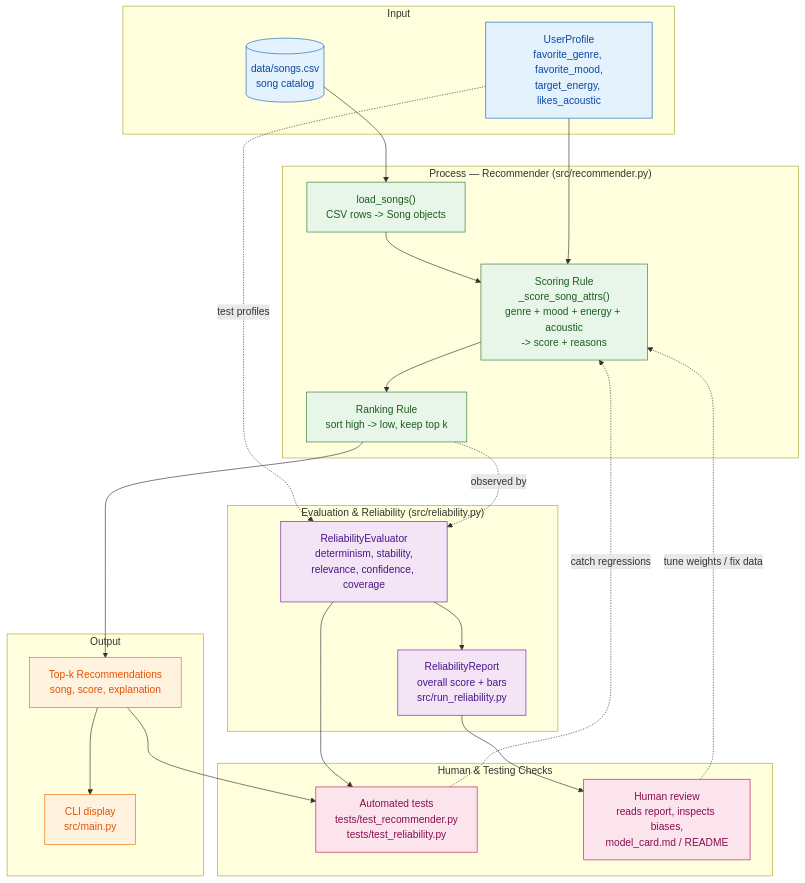
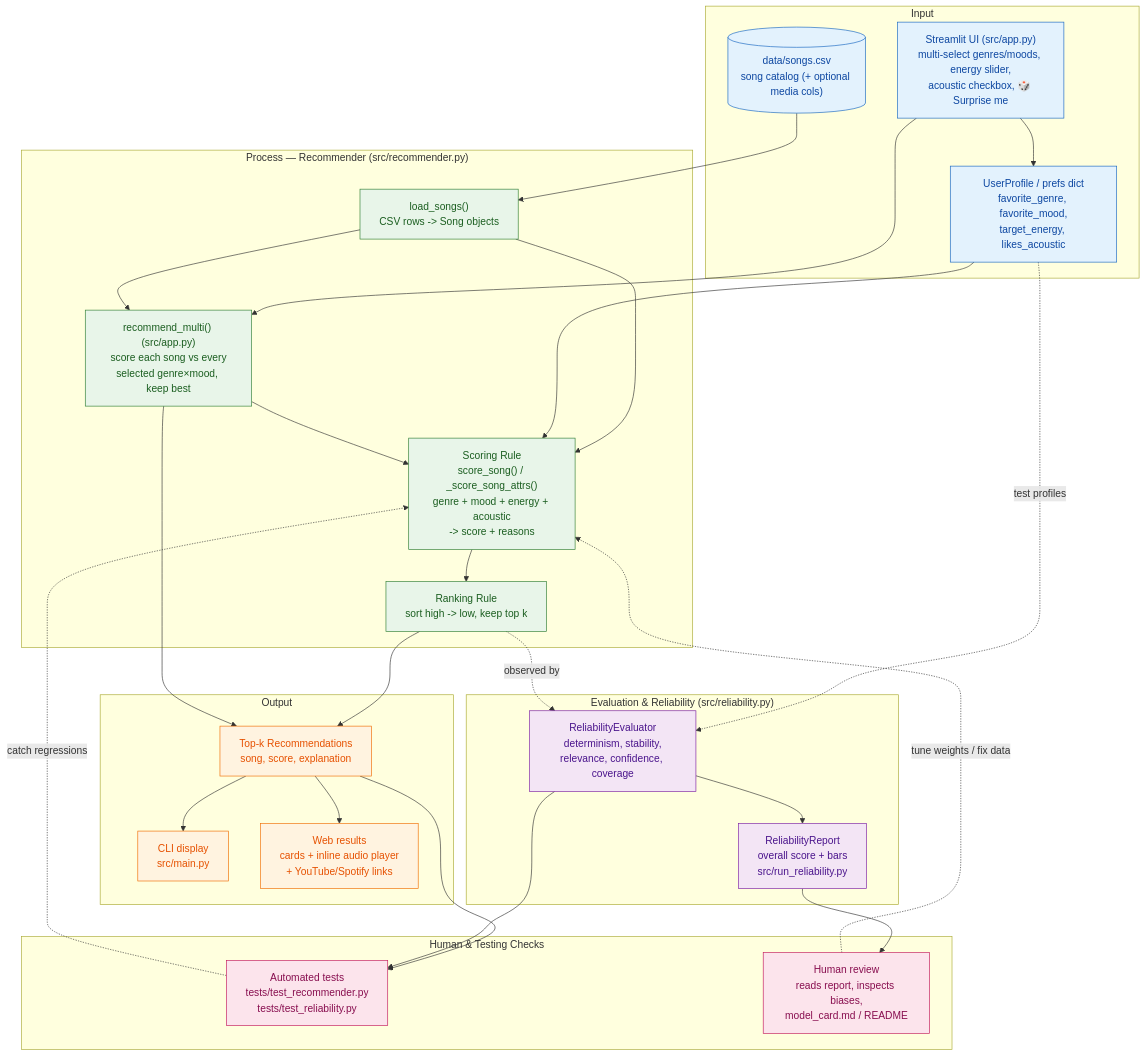
One commit to FrankinstyLe/applied-ai-system-project changed the diagram in diagrams/system_diagram.mmd. Above: the diagram before and after it, drawn with Mermaid. The commit also changed 3 other files, not shown here.

Commit message:
Enhance music recommender system: update songs.csv with media columns, improve system diagram for UI integration, and add Streamlit front-end in app.py

```diff
--- a/diagrams/system_diagram.mmd
+++ b/diagrams/system_diagram.mmd
@@ -1,62 +1,73 @@
 %% Music Recommender Simulation - System Diagram
 %% Data flow: input (catalog + user taste) -> process (score/rank) -> output (top-k)
 %% Plus the reliability/evaluation loop and where humans/tests check the AI results.
 
 flowchart TB
     subgraph INPUT["Input"]
-        CSV[("data/songs.csv<br/>song catalog")]
-        USER["UserProfile<br/>favorite_genre, favorite_mood,<br/>target_energy, likes_acoustic"]
+        CSV[("data/songs.csv<br/>song catalog (+ optional media cols)")]
+        WEBUI["Streamlit UI (src/app.py)<br/>multi-select genres/moods, energy slider,<br/>acoustic checkbox, 🎲 Surprise me"]
+        USER["UserProfile / prefs dict<br/>favorite_genre, favorite_mood,<br/>target_energy, likes_acoustic"]
     end
 
     subgraph PROCESS["Process — Recommender (src/recommender.py)"]
         LOAD["load_songs()<br/>CSV rows -> Song objects"]
-        SCORE["Scoring Rule<br/>_score_song_attrs()<br/>genre + mood + energy + acoustic<br/>-> score + reasons"]
+        SCORE["Scoring Rule<br/>score_song() / _score_song_attrs()<br/>genre + mood + energy + acoustic<br/>-> score + reasons"]
+        MULTI["recommend_multi() (src/app.py)<br/>score each song vs every<br/>selected genre×mood, keep best"]
         RANK["Ranking Rule<br/>sort high -> low, keep top k"]
     end
 
     subgraph OUTPUT["Output"]
         RECS["Top-k Recommendations<br/>song, score, explanation"]
         CLI["CLI display<br/>src/main.py"]
+        WEBOUT["Web results<br/>cards + inline audio player<br/>+ YouTube/Spotify links"]
     end
 
     subgraph EVAL["Evaluation & Reliability (src/reliability.py)"]
         EVALR["ReliabilityEvaluator<br/>determinism, stability,<br/>relevance, confidence, coverage"]
         REPORT["ReliabilityReport<br/>overall score + bars<br/>src/run_reliability.py"]
     end
 
     subgraph HUMAN["Human & Testing Checks"]
         TESTS["Automated tests<br/>tests/test_recommender.py<br/>tests/test_reliability.py"]
         REVIEW["Human review<br/>reads report, inspects biases,<br/>model_card.md / README"]
     end
 
     %% Data flow: input -> process -> output
     CSV --> LOAD
     LOAD --> SCORE
     USER --> SCORE
+    WEBUI --> USER
     SCORE --> RANK
     RANK --> RECS
     RECS --> CLI
+
+    %% Streamlit path: UI selections drive multi-taste scoring, results back to the web
+    WEBUI --> MULTI
+    LOAD --> MULTI
+    MULTI --> SCORE
+    MULTI --> RECS
+    RECS --> WEBOUT
 
     %% Evaluation observes the recommender without changing it
     USER -. test profiles .-> EVALR
     RANK -. observed by .-> EVALR
     EVALR --> REPORT
 
     %% Where humans and testing check the AI results
     RECS --> TESTS
     REPORT --> REVIEW
     EVALR --> TESTS
     REVIEW -. tune weights / fix data .-> SCORE
     TESTS -. catch regressions .-> SCORE
 
     classDef input fill:#e3f2fd,stroke:#1565c0,color:#0d47a1;
     classDef process fill:#e8f5e9,stroke:#2e7d32,color:#1b5e20;
     classDef output fill:#fff3e0,stroke:#ef6c00,color:#e65100;
     classDef eval fill:#f3e5f5,stroke:#7b1fa2,color:#4a148c;
     classDef human fill:#fce4ec,stroke:#c2185b,color:#880e4f;
 
-    class CSV,USER input;
-    class LOAD,SCORE,RANK process;
-    class RECS,CLI output;
+    class CSV,USER,WEBUI input;
+    class LOAD,SCORE,MULTI,RANK process;
+    class RECS,CLI,WEBOUT output;
     class EVALR,REPORT eval;
     class TESTS,REVIEW human;
```
